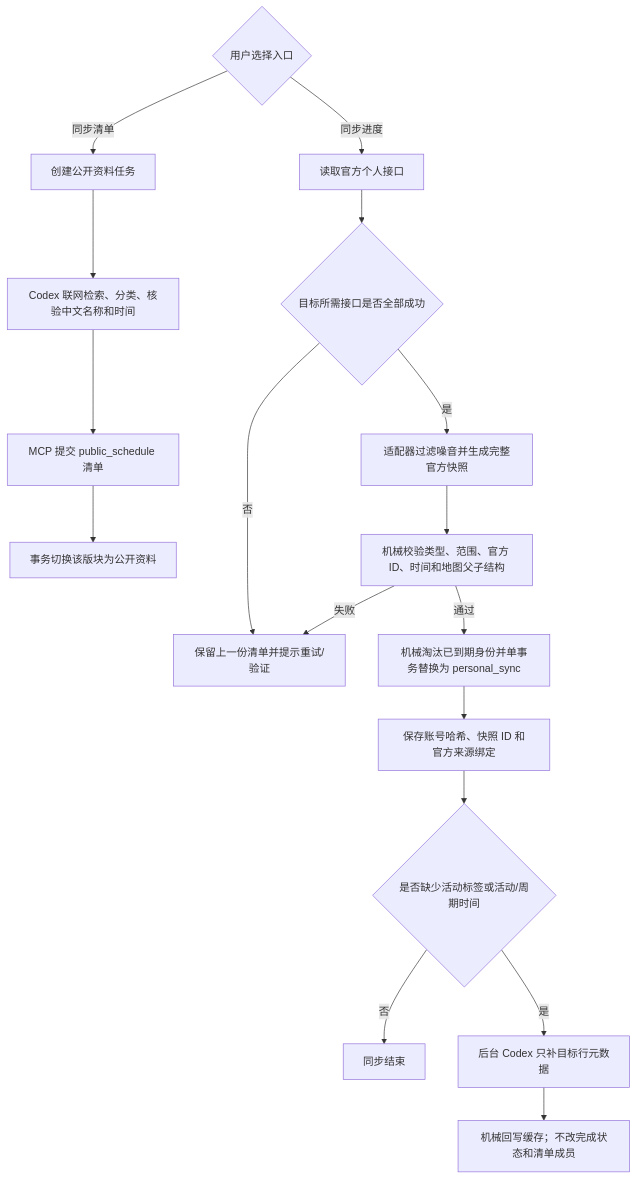
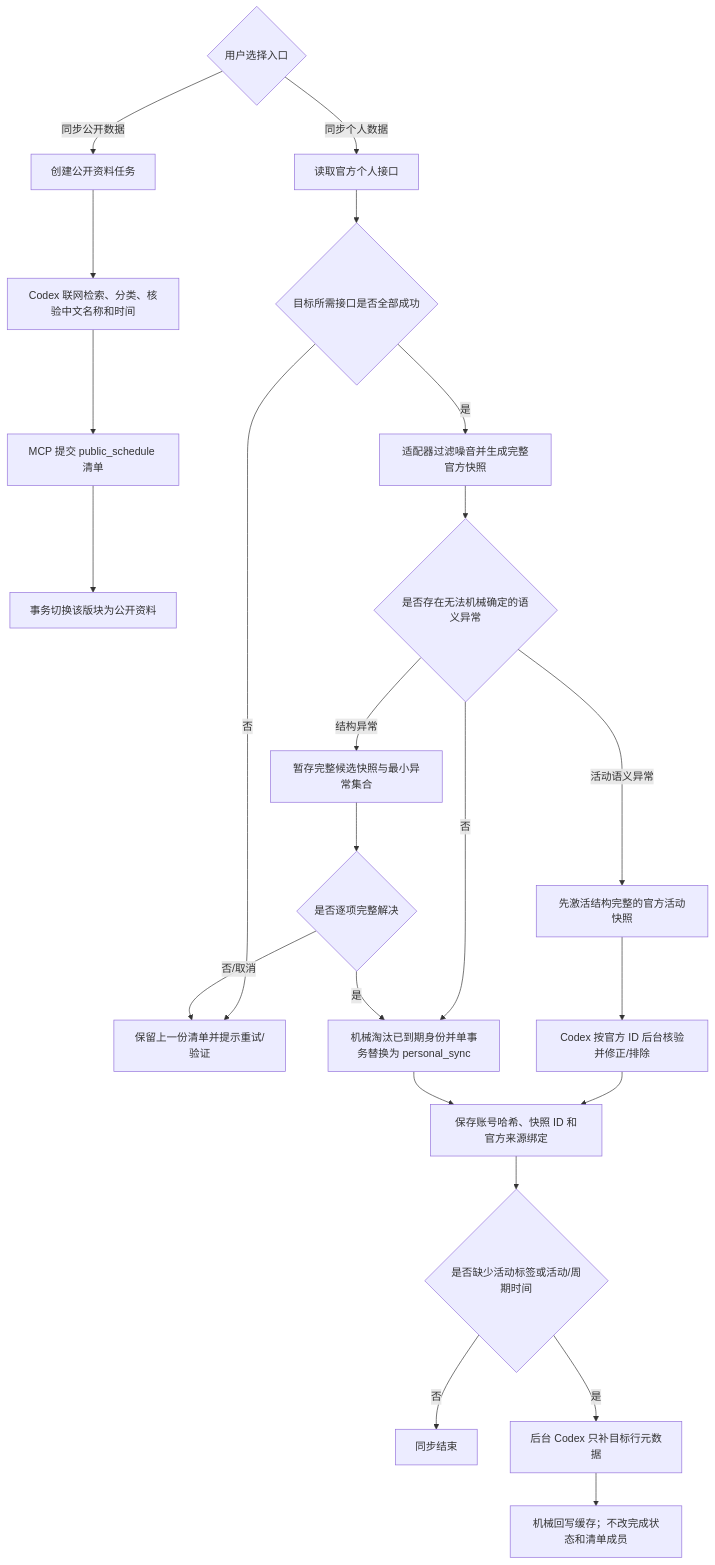
One commit to BaiQue3rL/Gtask changed the diagram in docs/sync-architecture-redesign.md. Above: the diagram before and after it, drawn with Mermaid. The commit also changed other lines of this file and 91 other files, not shown here.

````diff
--- a/docs/sync-architecture-redesign.md
+++ b/docs/sync-architecture-redesign.md
@@ -28,21 +28,27 @@
 ```mermaid
 flowchart TD
     U{"用户选择入口"}
-    U -->|同步清单| P1["创建公开资料任务"]
+    U -->|同步公开数据| P1["创建公开资料任务"]
     P1 --> P2["Codex 联网检索、分类、核验中文名称和时间"]
     P2 --> P3["MCP 提交 public_schedule 清单"]
     P3 --> P4["事务切换该版块为公开资料"]
 
-    U -->|同步进度| A1["读取官方个人接口"]
+    U -->|同步个人数据| A1["读取官方个人接口"]
     A1 --> A2{"目标所需接口是否全部成功"}
     A2 -->|否| K["保留上一份清单并提示重试/验证"]
     A2 -->|是| A3["适配器过滤噪音并生成完整官方快照"]
-    A3 --> A4["机械校验类型、范围、官方 ID、时间和地图父子结构"]
-    A4 -->|失败| K
-    A4 -->|通过| A5["机械淘汰已到期身份并单事务替换为 personal_sync"]
+    A3 --> A4{"是否存在无法机械确定的语义异常"}
+    A4 -->|否| A5["机械淘汰已到期身份并单事务替换为 personal_sync"]
+    A4 -->|活动语义异常| R0["先激活结构完整的官方活动快照"]
+    R0 --> R2["Codex 按官方 ID 后台核验并修正/排除"]
+    R2 --> A6
+    A4 -->|结构异常| R1["暂存完整候选快照与最小异常集合"]
+    R1 --> R3{"是否逐项完整解决"}
+    R3 -->|否/取消| K
+    R3 -->|是| A5
     A5 --> A6["保存账号哈希、快照 ID 和官方来源绑定"]
     A6 --> A7{"是否缺少活动标签或活动/周期时间"}
     A7 -->|否| A8["同步结束"]
     A7 -->|是| A9["后台 Codex 只补目标行元数据"]
     A9 --> A10["机械回写缓存；不改完成状态和清单成员"]
 ```
````
